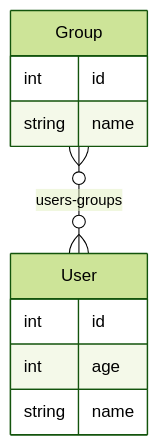
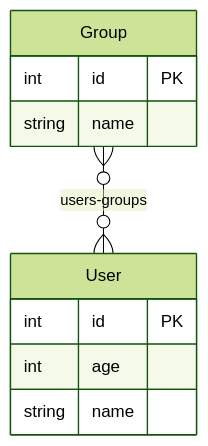
One commit to troypoulter/entmaid changed the diagram in examples/m2m2types/readme.md. Above: the diagram before and after it, drawn with Mermaid (forest theme). The commit also changed 2 other files, not shown here.

Commit message:
chore: update test readmes

````diff
--- a/examples/m2m2types/readme.md
+++ b/examples/m2m2types/readme.md
@@ -12,16 +12,16 @@
 ```mermaid
 erDiagram
  Group {
-  int id
+  int id PK
   string name
  }
 
  User {
-  int id
+  int id PK
   int age
   string name
  }
 
  Group }o--o{ User : users-groups
 
 ```
````
